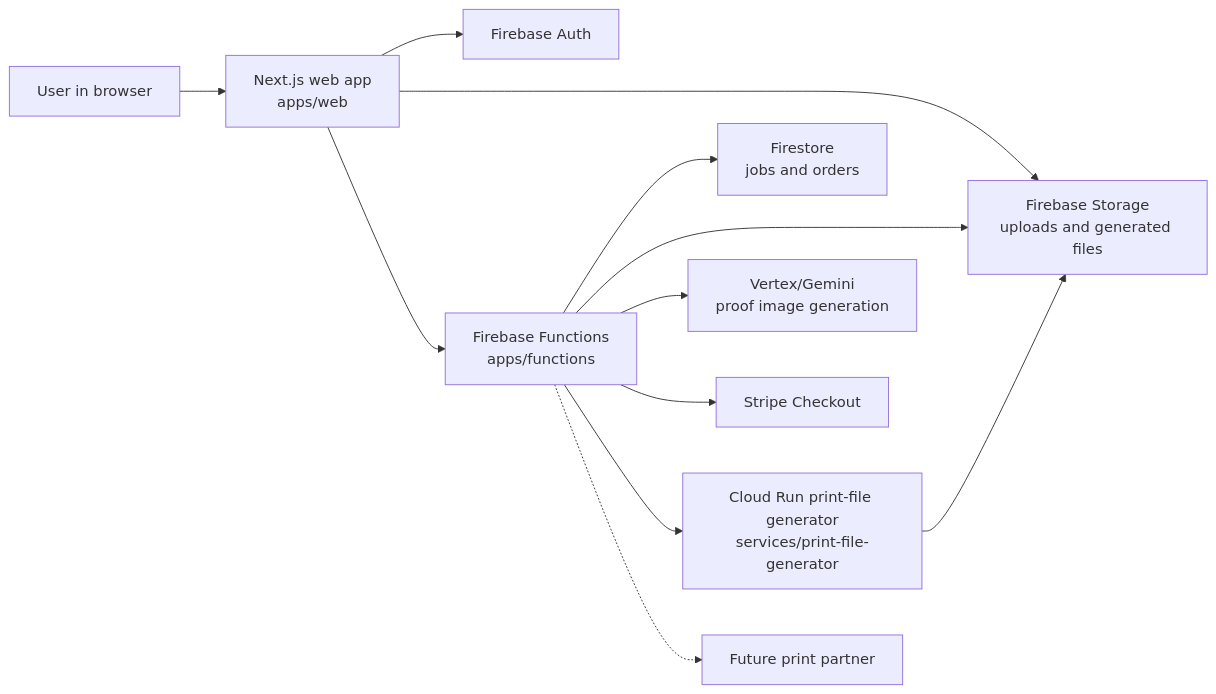
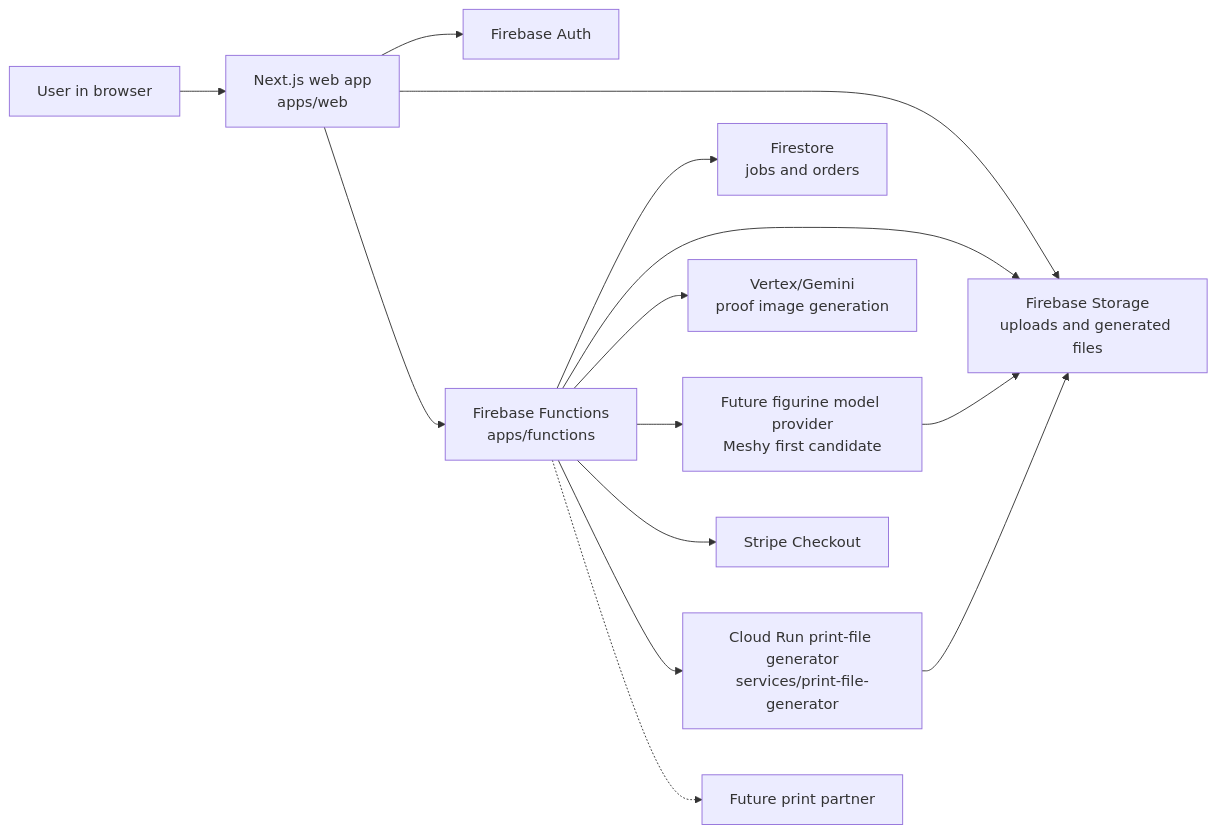
One commit to KielRN/3dprintposters changed the first of 3 diagrams in README.md. Above: the diagram before and after it, drawn with Mermaid. The commit also changed other lines of this file and 21 other files, not shown here.

````diff
--- a/README.md
+++ b/README.md
@@ -42,25 +52,28 @@
 ```mermaid
 flowchart LR
   User["User in browser"]
   Web["Next.js web app<br/>apps/web"]
   Auth["Firebase Auth"]
   Storage["Firebase Storage<br/>uploads and generated files"]
   Firestore["Firestore<br/>jobs and orders"]
   Functions["Firebase Functions<br/>apps/functions"]
   AI["Vertex/Gemini<br/>proof image generation"]
+  Provider["Future figurine model provider<br/>Meshy first candidate"]
   Stripe["Stripe Checkout"]
   Print["Cloud Run print-file generator<br/>services/print-file-generator"]
   Fulfillment["Future print partner"]
 
   User --> Web
   Web --> Auth
   Web --> Storage
   Web --> Functions
   Functions --> Firestore
   Functions --> Storage
   Functions --> AI
+  Functions --> Provider
   Functions --> Stripe
   Functions --> Print
+  Provider --> Storage
   Print --> Storage
   Functions -.-> Fulfillment
 ```
````
